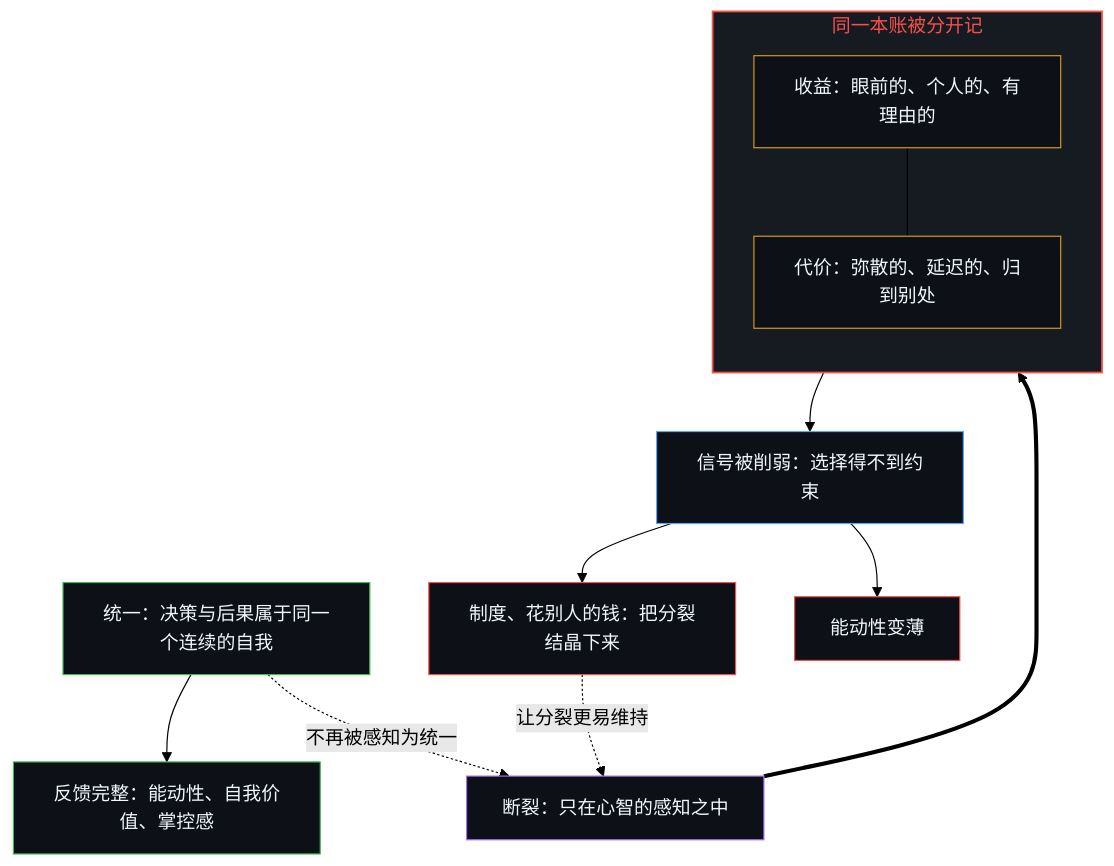
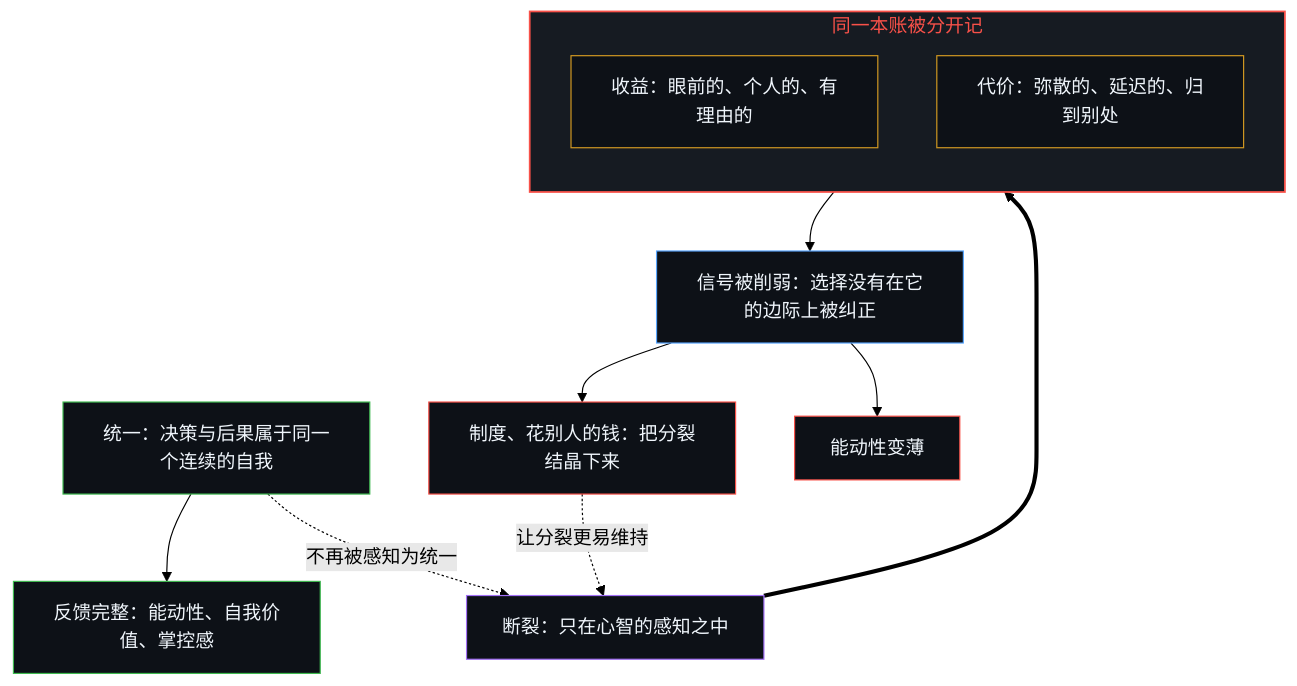
The first of 2 diagrams in content/posts/the-irreducible-prior-of-decision-and-consequence.md (powerpig99/not-a-toe), drawn with Mermaid (forest theme) before and after one commit. The commit also changed other lines of this file and 8 other files, not shown here.

Commit message:
Refine 决策与后果的不可约先验 / The Irreducible Prior of Decision and Consequence after Grok Build and Antigravity reviews

````diff
--- a/content/posts/the-irreducible-prior-of-decision-and-consequence.md
+++ b/content/posts/the-irreducible-prior-of-decision-and-consequence.md
@@ -53,31 +53,30 @@
 ```mermaid
 flowchart TD
     U["统一：决策与后果属于同一个连续的自我"]
     A["反馈完整：能动性、自我价值、掌控感"]
     R["断裂：只在心智的感知之中"]
     subgraph S_Split["同一本账被分开记"]
         direction TB
         L1["收益：眼前的、个人的、有理由的"]
         L2["代价：弥散的、延迟的、归到别处"]
     end
-    W["信号被削弱：选择得不到约束"]
+    W["信号被削弱：选择没有在它的边际上被纠正"]
     I["制度、花别人的钱：把分裂结晶下来"]
     T["能动性变薄"]
     U --> A
     U -.->|"不再被感知为统一"| R
-    R ==> L1
-    L1 --- L2
-    L2 --> W
+    R ==> S_Split
+    S_Split --> W
     W --> I
     W --> T
     I -.->|"让分裂更易维持"| R
     style S_Split fill:#161b22,stroke:#f85149,stroke-width:1.5px,color:#f85149
     style U fill:#0d1117,stroke:#3fb950,stroke-width:1px,color:#f0f6fc
     style A fill:#0d1117,stroke:#3fb950,stroke-width:1px,color:#f0f6fc
     style R fill:#0d1117,stroke:#a371f7,stroke-width:1px,color:#f0f6fc
     style L1 fill:#0d1117,stroke:#d29922,stroke-width:1px,color:#f0f6fc
     style L2 fill:#0d1117,stroke:#d29922,stroke-width:1px,color:#f0f6fc
     style W fill:#0d1117,stroke:#58a6ff,stroke-width:1px,color:#f0f6fc
     style I fill:#0d1117,stroke:#f85149,stroke-width:1px,color:#f0f6fc
     style T fill:#0d1117,stroke:#f85149,stroke-width:1px,color:#f0f6fc
 ```
````
